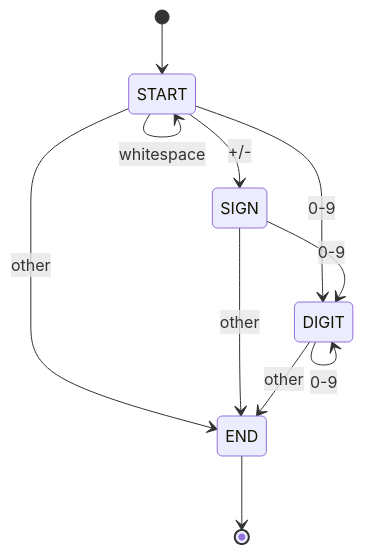
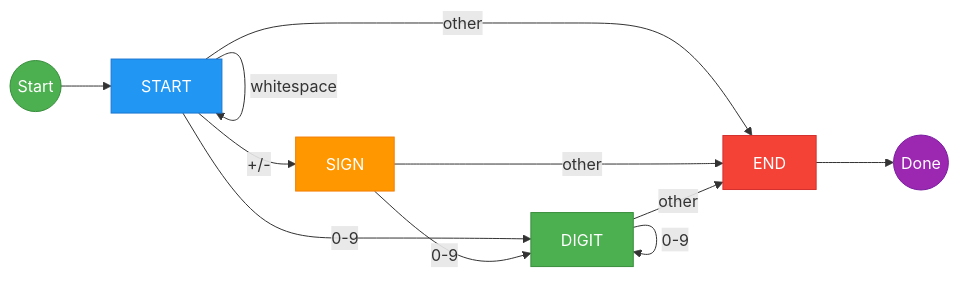
The diagram in docs/sde-coding/strings/string-to-integer.md (AbhinaavRamesh/handbook), drawn with Mermaid before and after one commit. The commit also changed 3 other files, not shown here.

First line of the commit message:
Fix mermaid syntax errors in multiple files

````diff
--- a/docs/sde-coding/strings/string-to-integer.md
+++ b/docs/sde-coding/strings/string-to-integer.md
@@ -49,13 +49,20 @@
 ```mermaid
-stateDiagram-v2
-    [*] --> START
-    START --> START: whitespace
-    START --> SIGN: +/-
-    START --> DIGIT: 0-9
-    START --> END: other
-    SIGN --> DIGIT: 0-9
-    SIGN --> END: other
-    DIGIT --> DIGIT: 0-9
-    DIGIT --> END: other
-    END --> [*]
+flowchart LR
+    Init((Start)) --> START
+    START -->|whitespace| START
+    START -->|+/-| SIGN
+    START -->|0-9| DIGIT
+    START -->|other| END
+    SIGN -->|0-9| DIGIT
+    SIGN -->|other| END
+    DIGIT -->|0-9| DIGIT
+    DIGIT -->|other| END
+    END --> Final((Done))
+
+    style Init fill:#4CAF50,stroke:#388E3C,color:#fff
+    style Final fill:#9C27B0,stroke:#7B1FA2,color:#fff
+    style START fill:#2196F3,stroke:#1976D2,color:#fff
+    style SIGN fill:#FF9800,stroke:#F57C00,color:#fff
+    style DIGIT fill:#4CAF50,stroke:#388E3C,color:#fff
+    style END fill:#f44336,stroke:#d32f2f,color:#fff
 ```
````
